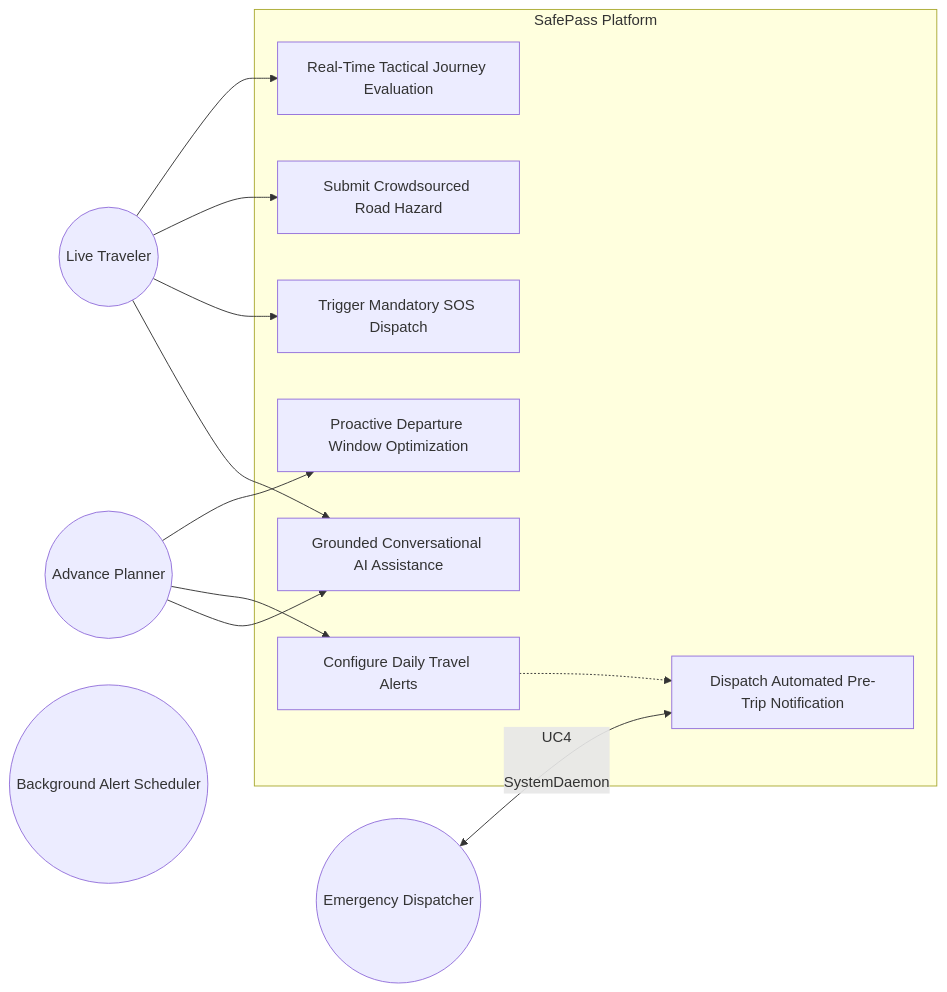
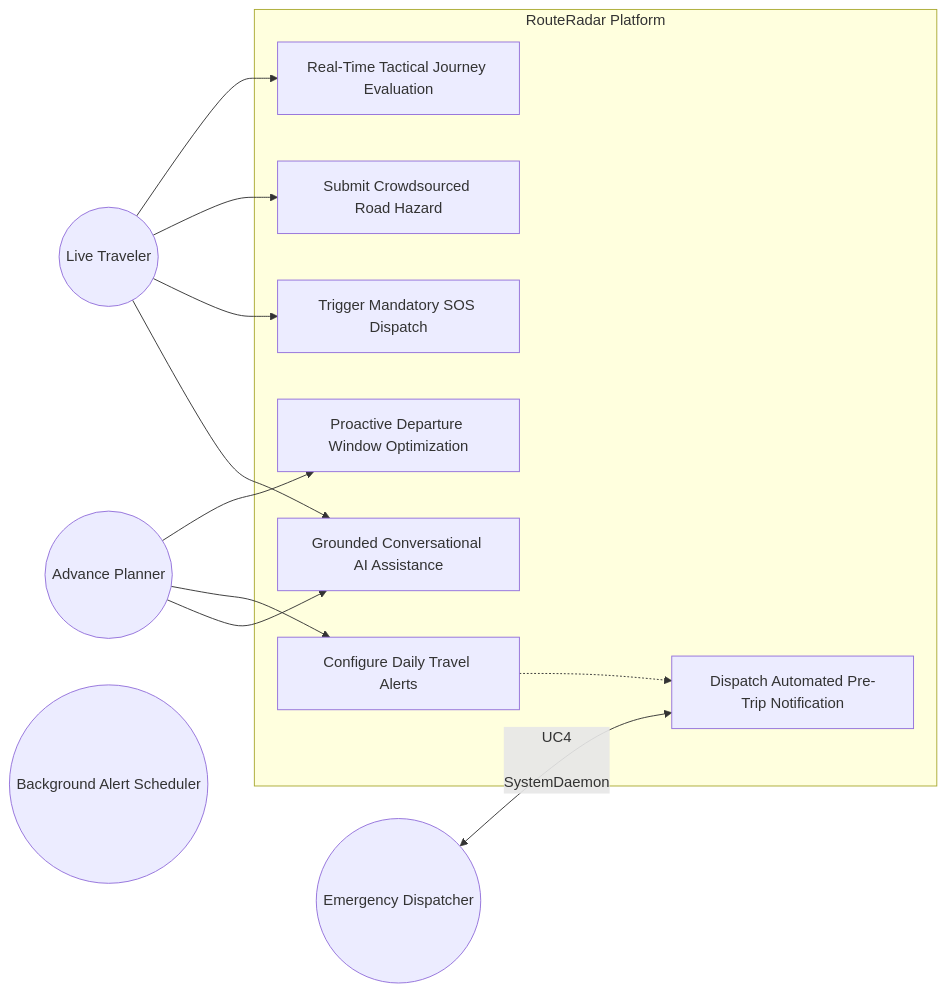
The fifth of 15 diagrams in MUMBAI_PUNE_TRAVEL_INTELLIGENCE_MASTER_REPORT.md (daredevil2304/traveladvisory), drawn with Mermaid before and after one commit. The commit also changed other lines of this file and 4 other files, not shown here.

Commit message:
docs(master-report): complete 10/10 Master Edition v4.0.0, RouteRadar branding & production war stories

````diff
--- a/MUMBAI_PUNE_TRAVEL_INTELLIGENCE_MASTER_REPORT.md
+++ b/MUMBAI_PUNE_TRAVEL_INTELLIGENCE_MASTER_REPORT.md
@@ -388,31 +388,31 @@
 ```mermaid
 flowchart LR
     Traveler((Live Traveler))
     Planner((Advance Planner))
     Dispatcher((Emergency Dispatcher))
     SystemDaemon((Background Alert Scheduler))
 
-    subgraph SafePass Platform
+    subgraph RouteRadar Platform
         UC1[Real-Time Tactical Journey Evaluation]
         UC2[Proactive Departure Window Optimization]
         UC3[Submit Crowdsourced Road Hazard]
         UC4[Trigger Mandatory SOS Dispatch]
         UC5[Configure Daily Travel Alerts]
         UC6[Grounded Conversational AI Assistance]
         UC7[Dispatch Automated Pre-Trip Notification]
     end
 
     Traveler --> UC1
     Traveler --> UC3
     Traveler --> UC4
     Traveler --> UC6
 
     Planner --> UC2
     Planner --> UC5
     Planner --> UC6
 
     Dispatcher <-- UC4
 
     SystemDaemon --> UC7
     UC5 -.-> UC7
 ```
````
